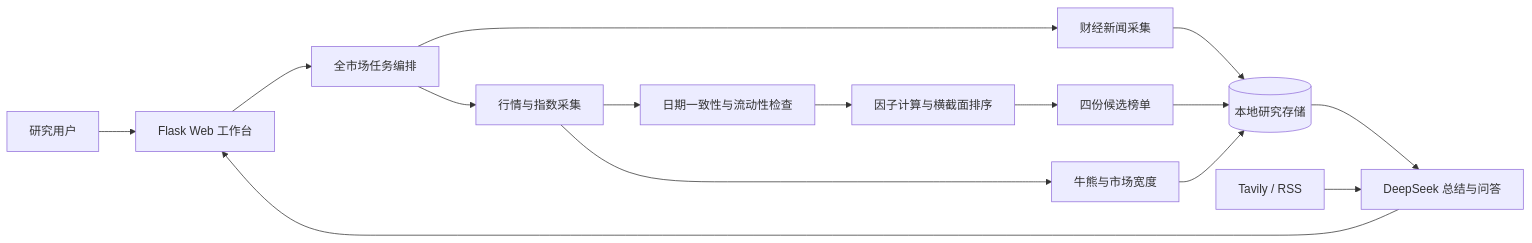
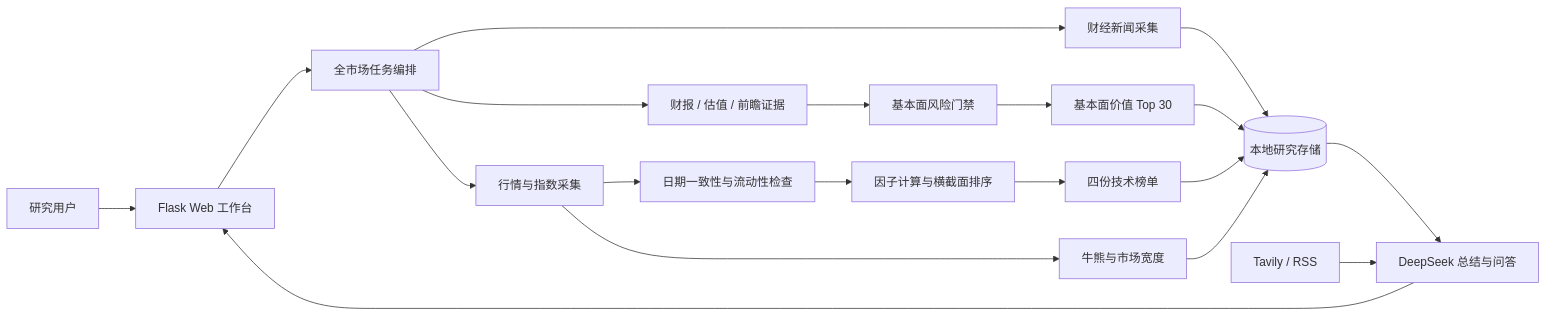
One commit to ross912/SG changed the diagram in README.md. Above: the diagram before and after it, drawn with Mermaid. The commit also changed other lines of this file and 22 other files, not shown here.

````diff
--- a/README.md
+++ b/README.md
@@ -43,17 +46,21 @@
 ```mermaid
 flowchart LR
     U[研究用户] --> UI[Flask Web 工作台]
     UI --> JOB[全市场任务编排]
+    JOB --> FUND[财报 / 估值 / 前瞻证据]
     JOB --> MKT[行情与指数采集]
     JOB --> NEWS[财经新闻采集]
     MKT --> QC[日期一致性与流动性检查]
     QC --> FACTOR[因子计算与横截面排序]
-    FACTOR --> POOL[四份候选榜单]
+    FUND --> FRISK[基本面风险门禁]
+    FRISK --> FPOOL[基本面价值 Top 30]
+    FACTOR --> POOL[四份技术榜单]
     MKT --> REGIME[牛熊与市场宽度]
     NEWS --> STORE[(本地研究存储)]
+    FPOOL --> STORE
     POOL --> STORE
     REGIME --> STORE
     STORE --> DS[DeepSeek 总结与问答]
     SEARCH[Tavily / RSS] --> DS
     DS --> UI
 ```
````
